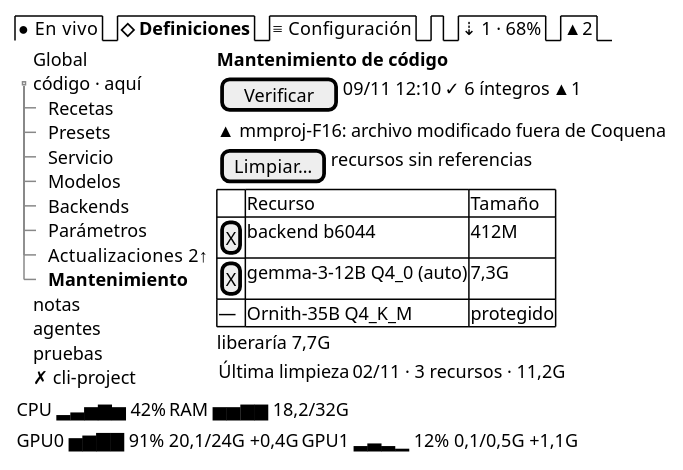
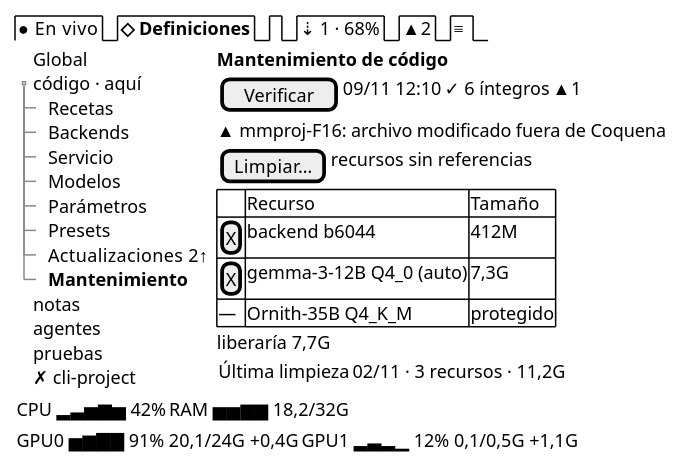
The diagram in docs/design/tui/R-definiciones-mantenimiento.salt.puml (mstranich/coquena), drawn with PlantUML before and after one commit. The commit also changed 43 other files, not shown here.

```diff
--- a/docs/design/tui/R-definiciones-mantenimiento.salt.puml
+++ b/docs/design/tui/R-definiciones-mantenimiento.salt.puml
@@ -1,40 +1,40 @@
 @startsalt
 {
-  {/ ● En vivo | <b>◇ Definiciones | ≡ Configuración | . | ⇣ 1 · 68% | ▲ 2 }
+  {/ ● En vivo | <b>◇ Definiciones | . | ⇣ 1 · 68% | ▲ 2 | ≡ }
   {
     {
     {T
       + Global
       + código · aquí
       ++ Recetas
-      ++ Presets
+      ++ Backends
       ++ Servicio
       ++ Modelos
-      ++ Backends
       ++ Parámetros
+      ++ Presets
       ++ Actualizaciones 2↑
       ++ <b>Mantenimiento
       + notas
       + agentes
       + pruebas
       + ✗ cli-project
     }
     } | {
       <b>Mantenimiento de código
       { [Verificar] | 09/11 12:10 | ✓ 6 íntegros | ▲ 1 }
       ▲ mmproj-F16: archivo modificado fuera de Coquena
       { [Limpiar…] | recursos sin referencias }
       {#
         . | Recurso | Tamaño
         [X] | backend b6044 | 412M
         [X] | gemma-3-12B Q4_0 (auto) | 7,3G
         — | Ornith-35B Q4_K_M | protegido
       }
       liberaría 7,7G
       { Última limpieza | 02/11 · 3 recursos · 11,2G }
     }
   }
   { CPU ▂▃▅▆▅ 42% | RAM ▅▅▆▆ 18,2/32G }
   { GPU0 ▅▆▇▇ 91% 20,1/24G +0,4G | GPU1 ▂▃▂▁ 12% 0,1/0,5G +1,1G }
 }
 @endsalt
```
